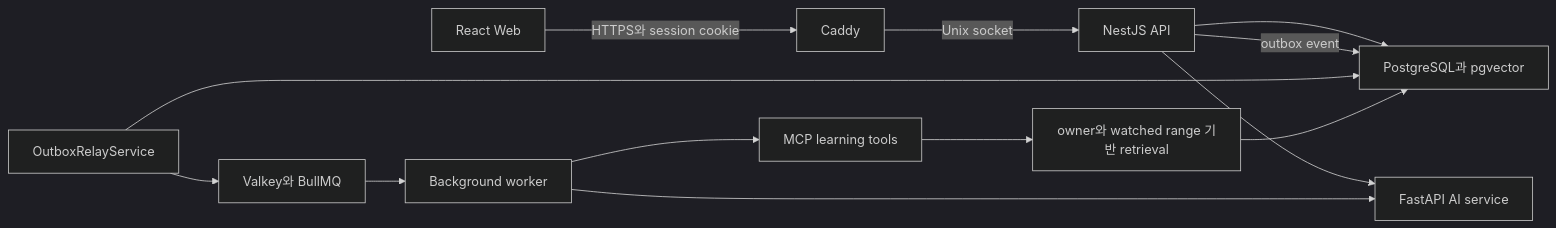
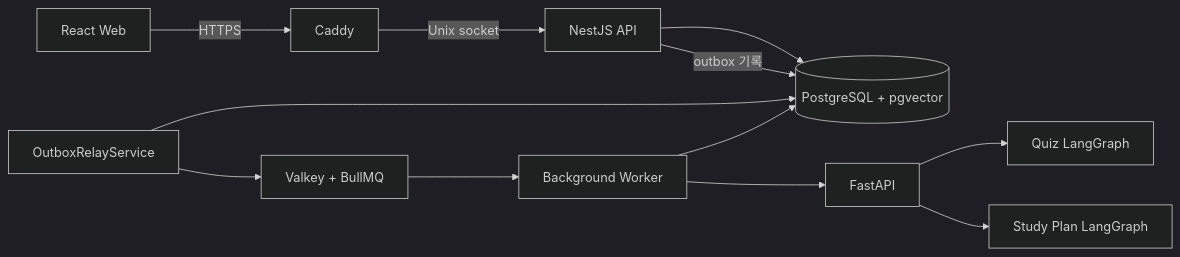
Before and after one commit to NearthYou/Studytube: the first of 8 diagrams in docs/architecture.md, drawn with Mermaid (dark theme). The commit also changed other lines of this file and 8 other files, not shown here.

````diff
--- a/docs/architecture.md
+++ b/docs/architecture.md
@@ -7,15 +7,14 @@
 ```mermaid
 flowchart LR
-  Browser[React Web] -->|HTTPS와 session cookie| Caddy
+  Browser[React Web] -->|HTTPS| Caddy
   Caddy -->|Unix socket| API[NestJS API]
-  API --> PostgreSQL[PostgreSQL과 pgvector]
-  API --> AI[FastAPI AI service]
-  API -->|outbox event| PostgreSQL
-  Relay[OutboxRelayService] --> PostgreSQL
-  Relay --> Valkey[Valkey와 BullMQ]
-  Valkey --> Worker[Background worker]
-  Worker --> AI
-  Worker --> MCP[MCP learning tools]
-  MCP --> Retrieval[owner와 watched range 기반 retrieval]
-  Retrieval --> PostgreSQL
+  API --> DB[(PostgreSQL + pgvector)]
+  API -->|outbox 기록| DB
+  Relay[OutboxRelayService] --> DB
+  Relay --> Queue[Valkey + BullMQ]
+  Queue --> Worker[Background Worker]
+  Worker --> DB
+  Worker --> AI[FastAPI]
+  AI --> QuizGraph[Quiz LangGraph]
+  AI --> CourseGraph[Study Plan LangGraph]
 ```
````
